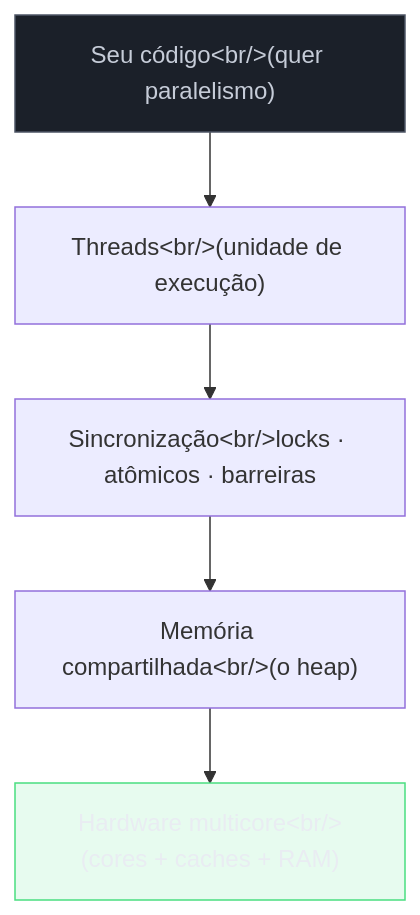
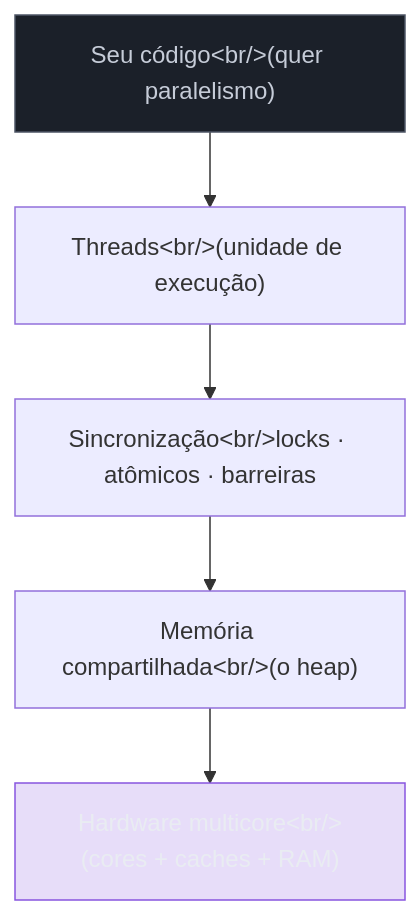
The second of 6 diagrams in 03-Dominios/Ciência/Concorrência e Paralelismo/10 - Memória compartilhada com threads e locks.md (josenaldo/codex-technomanticus), drawn with Mermaid before and after one commit. The commit also changed other lines of this file and 601 other files, not shown here.

````diff
--- a/03-Dominios/Ciência/Concorrência e Paralelismo/10 - Memória compartilhada com threads e locks.md
+++ b/03-Dominios/Ciência/Concorrência e Paralelismo/10 - Memória compartilhada com threads e locks.md
@@ -85,16 +85,16 @@
 ```mermaid
 flowchart TB
+    classDef marca fill:#8855DF33,stroke:#8855DF,color:#E9ECF2
     classDef neutro fill:#1B2029,stroke:#4E5666,color:#C6CCD8
-    classDef ok fill:#4ADE8021,stroke:#4ADE80,color:#E9ECF2
     APP["Seu código&lt;br/&gt;(quer paralelismo)"]
     THREADS["Threads&lt;br/&gt;(unidade de execução)"]
     SYNC["Sincronização&lt;br/&gt;locks · atômicos · barreiras"]
     MEM["Memória compartilhada&lt;br/&gt;(o heap)"]
     HW["Hardware multicore&lt;br/&gt;(cores + caches + RAM)"]
     APP --> THREADS
     THREADS --> SYNC
     SYNC --> MEM
     MEM --> HW
     class APP neutro
-    class HW ok
+    class HW marca
 ```
````
